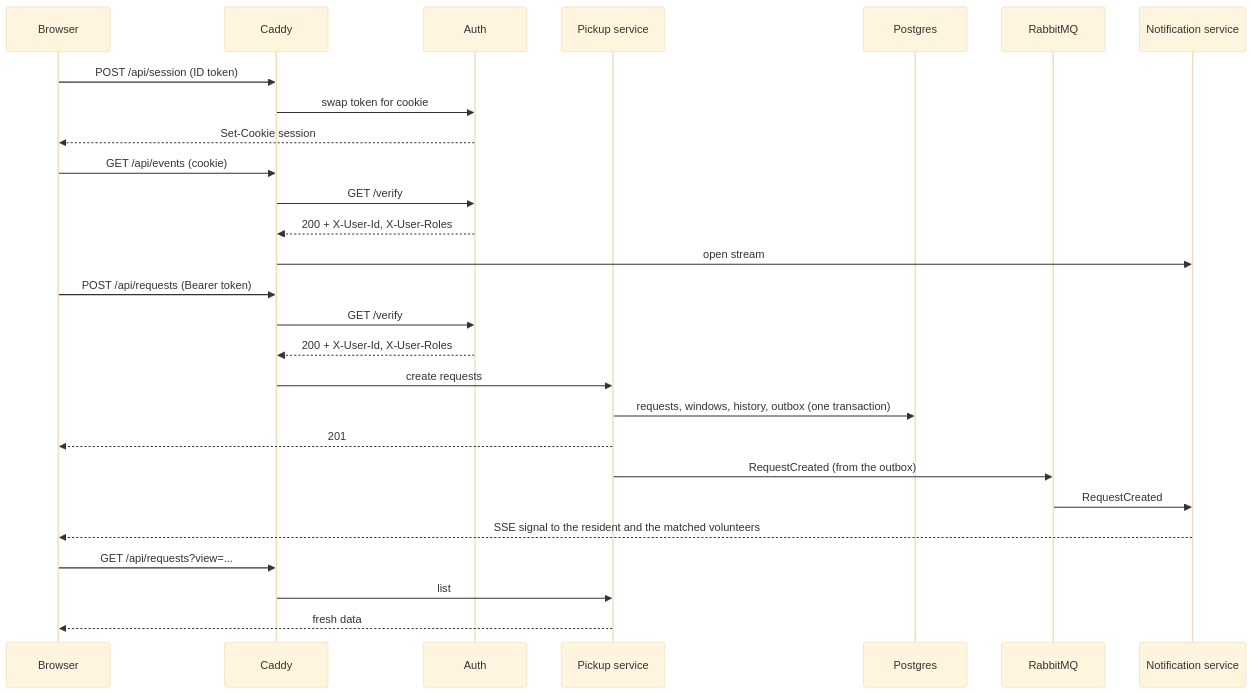
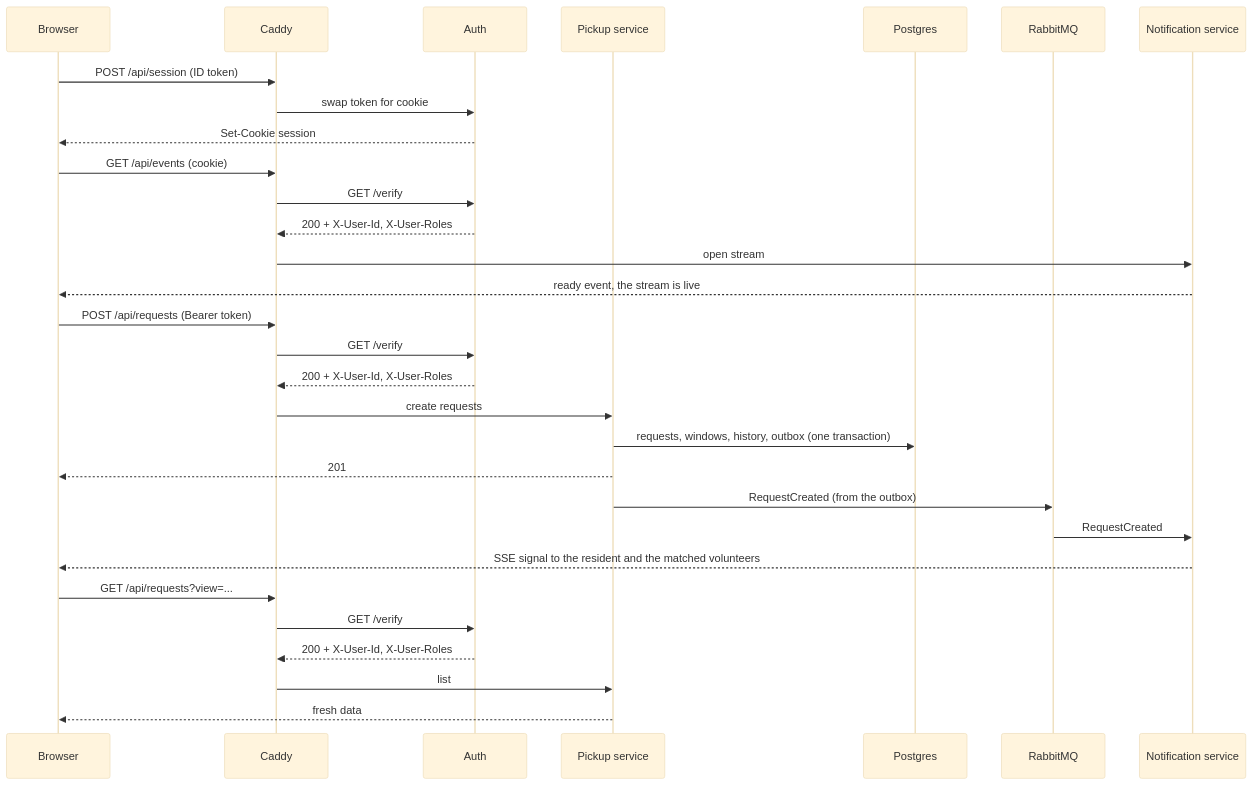
One commit to dannydufau/ecocollect changed the diagram in contracts/README.md. Above: the diagram before and after it, drawn with Mermaid (base theme). The commit also changed other lines of this file and 6 other files, not shown here.

````diff
--- a/contracts/README.md
+++ b/contracts/README.md
@@ -27,31 +27,34 @@
 ```mermaid
 sequenceDiagram
     participant B as Browser
     participant C as Caddy
     participant A as Auth
     participant P as Pickup service
     participant DB as Postgres
     participant MQ as RabbitMQ
     participant N as Notification service
 
     B->>C: POST /api/session (ID token)
     C->>A: swap token for cookie
     A-->>B: Set-Cookie session
     B->>C: GET /api/events (cookie)
     C->>A: GET /verify
     A-->>C: 200 + X-User-Id, X-User-Roles
     C->>N: open stream
+    N-->>B: ready event, the stream is live
 
     B->>C: POST /api/requests (Bearer token)
     C->>A: GET /verify
     A-->>C: 200 + X-User-Id, X-User-Roles
     C->>P: create requests
     P->>DB: requests, windows, history, outbox (one transaction)
     P-->>B: 201
     P->>MQ: RequestCreated (from the outbox)
     MQ->>N: RequestCreated
     N-->>B: SSE signal to the resident and the matched volunteers
     B->>C: GET /api/requests?view=...
+    C->>A: GET /verify
+    A-->>C: 200 + X-User-Id, X-User-Roles
     C->>P: list
     P-->>B: fresh data
 ```
````
